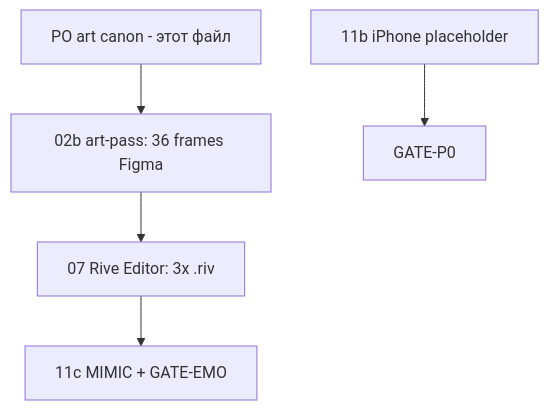
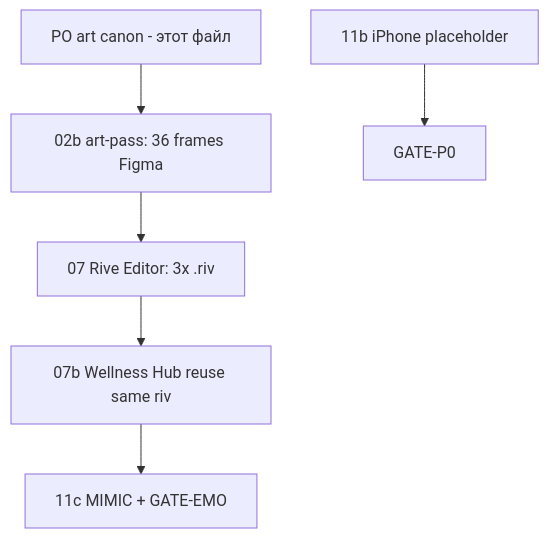
Before and after one commit to sergey234/ALADDIN_FAMILY: the diagram in docs/COMPANION_HERO_ART_CANON.md, drawn with Mermaid. The commit also changed other lines of this file and 32 other files, not shown here.

````diff
--- a/docs/COMPANION_HERO_ART_CANON.md
+++ b/docs/COMPANION_HERO_ART_CANON.md
@@ -132,7 +132,8 @@
 ```mermaid
 flowchart TD
   A[PO art canon - этот файл] --> B[02b art-pass: 36 frames Figma]
   B --> C[07 Rive Editor: 3x .riv]
+  C --> C2[07b Wellness Hub reuse same riv]
   D[11b iPhone placeholder] --> E[GATE-P0]
-  C --> F[11c MIMIC + GATE-EMO]
+  C2 --> F[11c MIMIC + GATE-EMO]
 ```
````
